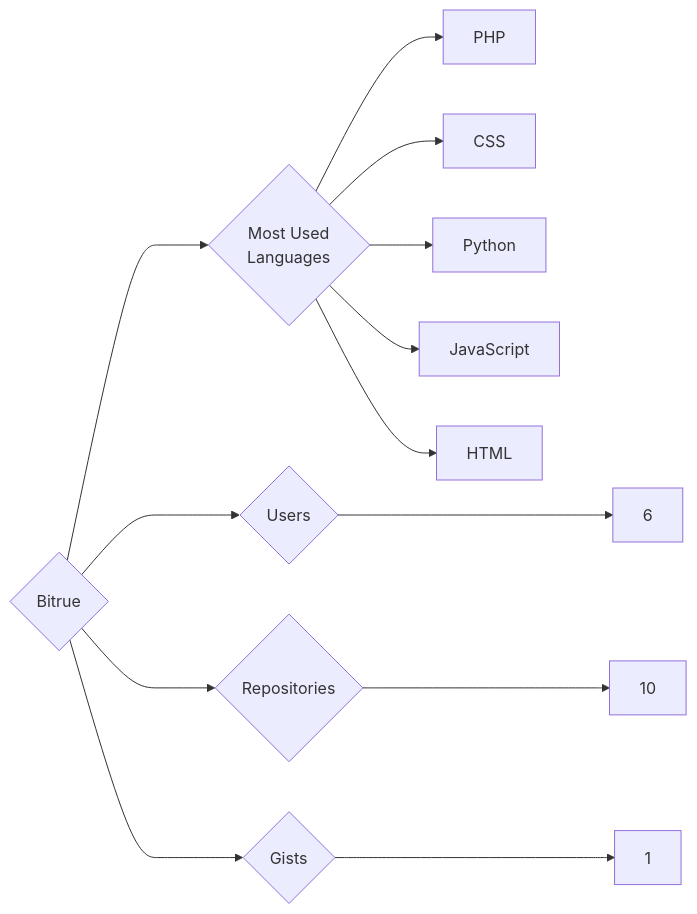
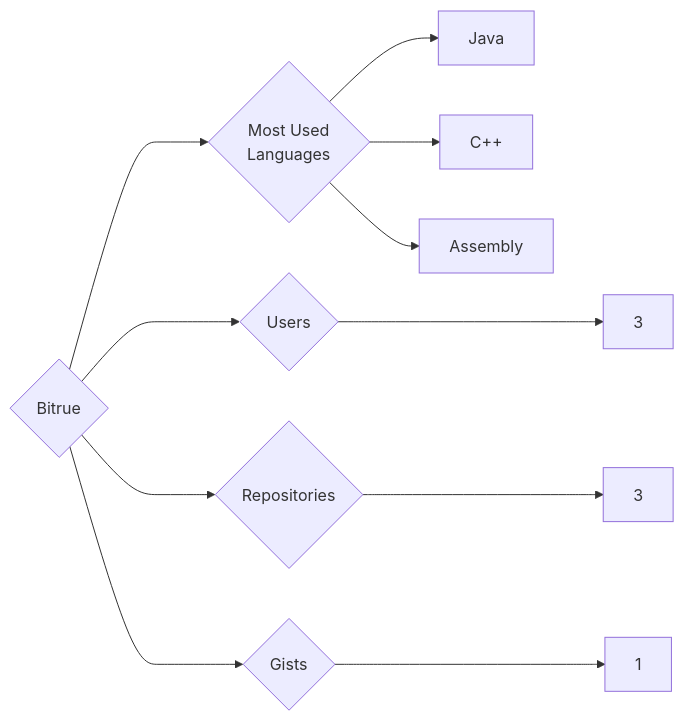
One commit to trickest/insiders changed the diagram in targets/Bitrue/README.md. Above: the diagram before and after it, drawn with Mermaid. The commit also changed 953 other files, not shown here.

````diff
--- a/targets/Bitrue/README.md
+++ b/targets/Bitrue/README.md
@@ -3,13 +3,11 @@
 ```mermaid
 graph LR
 COMPANY_NAME{Bitrue}
-COMPANY_NAME ---> U{Users} ---> UN[6]
-COMPANY_NAME ---> R{Repositories} ---> RN[10]
+COMPANY_NAME ---> U{Users} ---> UN[3]
+COMPANY_NAME ---> R{Repositories} ---> RN[3]
 COMPANY_NAME ---> G{Gists} ---> GN[1]
 COMPANY_NAME ---> ML{Most Used<br>Languages}
-ML --> PHP[PHP]
-ML --> CSS[CSS]
-ML --> Python[Python]
-ML --> JavaScript[JavaScript]
-ML --> HTML[HTML]
+ML --> Java[Java]
+ML --> C++[C++]
+ML --> Assembly[Assembly]
 ```
````
